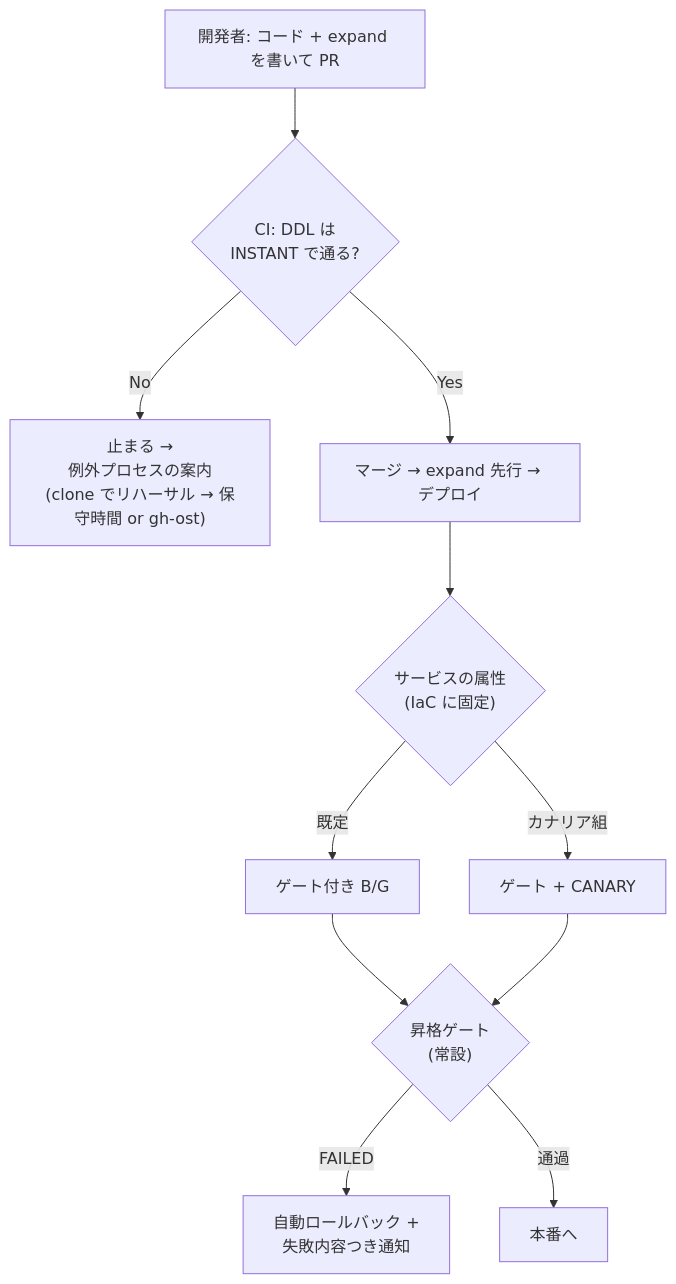
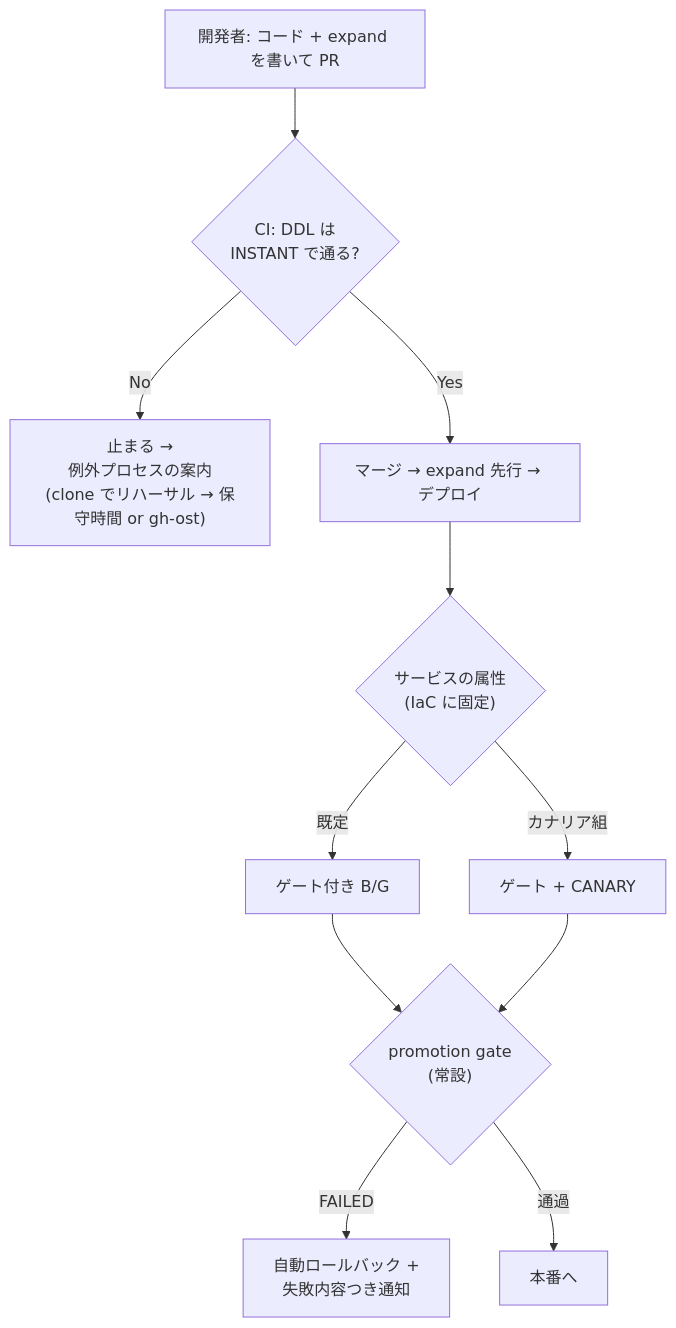
One commit to rikukaInoue/rikukadev changed the second of 2 diagrams in src/content/blog/deploy-strategy-selection.mdx. Above: the diagram before and after it, drawn with Mermaid. The commit also changed other lines of this file and 11 other files, not shown here.

First line of the commit message:
用語を標準の語に: 昇格ゲート→promotion gate、レバー→手段、被弾→失敗したリクエスト

````diff
--- a/src/content/blog/deploy-strategy-selection.mdx
+++ b/src/content/blog/deploy-strategy-selection.mdx
@@ -64,12 +64,12 @@
 ```mermaid
 graph TB
     DEV["開発者: コード + expand を書いて PR"] --> CI{"CI: DDL は<br/>INSTANT で通る?"}
     CI -->|No| EX["止まる →<br/>例外プロセスの案内<br/>(clone でリハーサル → 保守時間 or gh-ost)"]
     CI -->|Yes| MERGE["マージ → expand 先行 → デプロイ"]
     MERGE --> ATTR{"サービスの属性<br/>(IaC に固定)"}
     ATTR -->|既定| BG["ゲート付き B/G"]
     ATTR -->|カナリア組| CN["ゲート + CANARY"]
-    BG & CN --> GATE{"昇格ゲート<br/>(常設)"}
+    BG & CN --> GATE{"promotion gate<br/>(常設)"}
     GATE -->|FAILED| RB["自動ロールバック +<br/>失敗内容つき通知"]
     GATE -->|通過| OUT["本番へ"]
 ```
````
